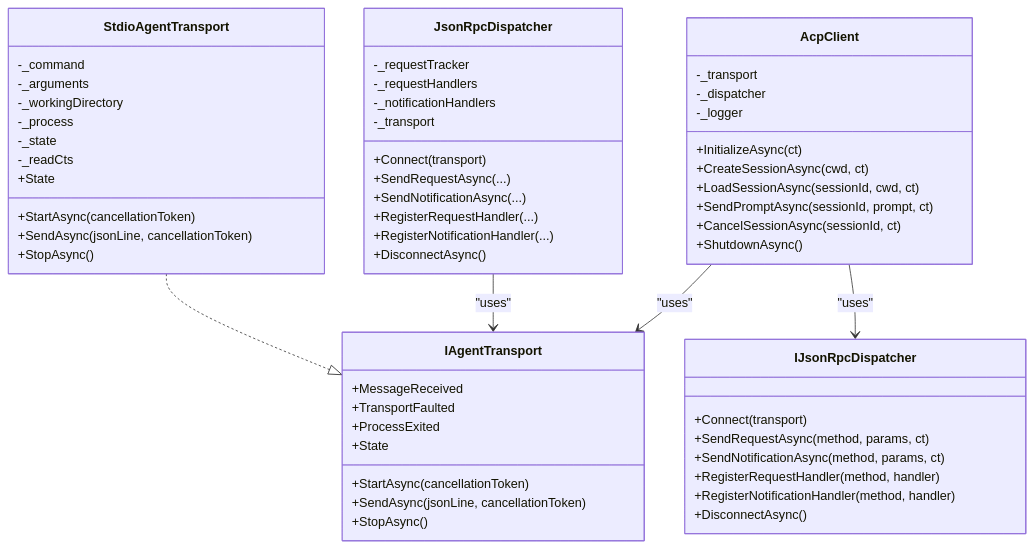
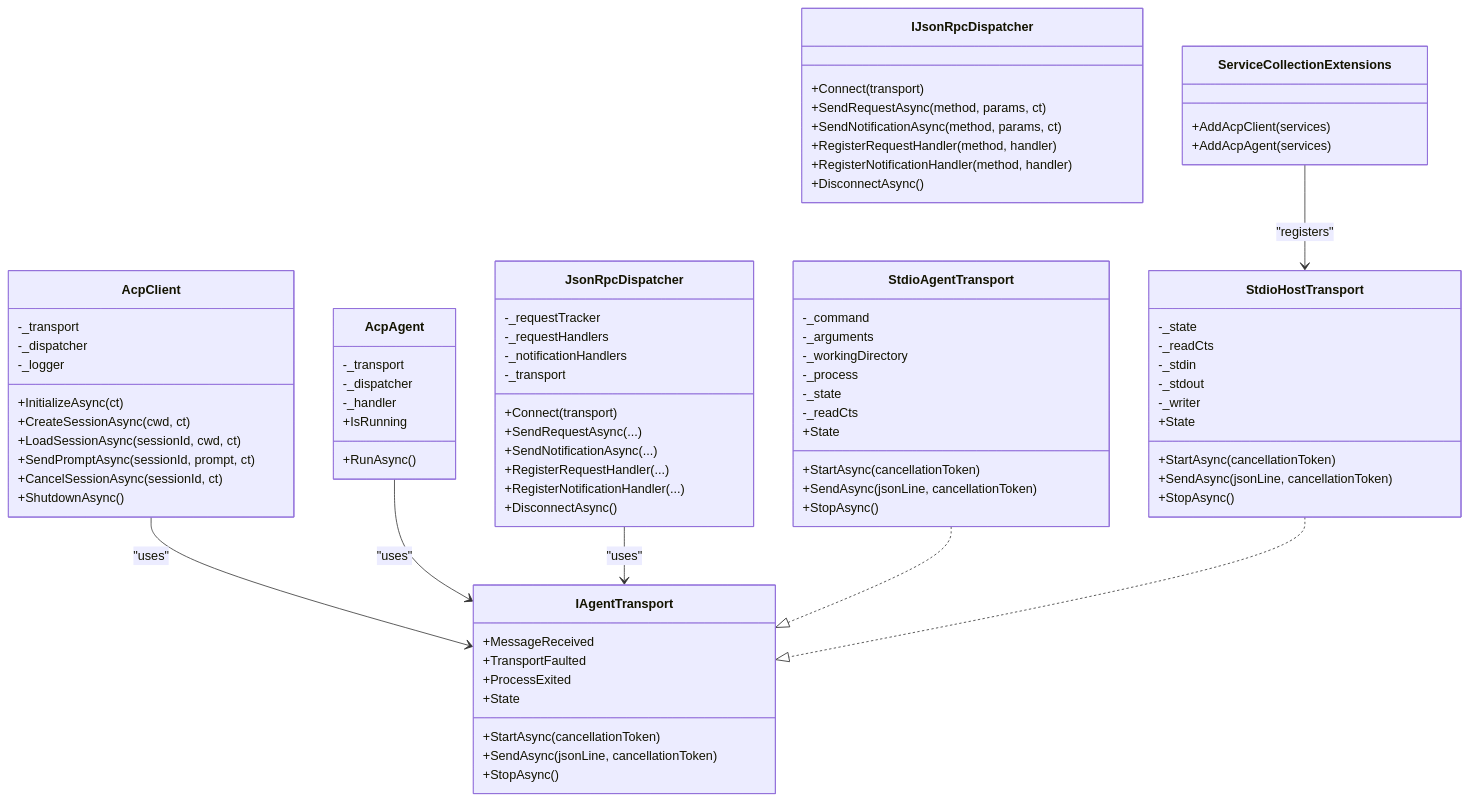
Before and after one commit to AgenticDesktop/ACPLibrary: the third of 3 diagrams in .qoder/repowiki/en/content/Transport Layer/Transport Layer.md, drawn with Mermaid. The commit also changed other lines of this file and 63 other files, not shown here.

````diff
--- a/.qoder/repowiki/en/content/Transport Layer/Transport Layer.md
+++ b/.qoder/repowiki/en/content/Transport Layer/Transport Layer.md
@@ -296,6 +364,17 @@
 -_process
 -_state
 -_readCts
++StartAsync(cancellationToken)
++SendAsync(jsonLine, cancellationToken)
++StopAsync()
++State
+}
+class StdioHostTransport {
+-_state
+-_readCts
+-_stdin
+-_stdout
+-_writer
 +StartAsync(cancellationToken)
 +SendAsync(jsonLine, cancellationToken)
 +StopAsync()
@@ -332,8 +411,21 @@
 +CancelSessionAsync(sessionId, ct)
 +ShutdownAsync()
 }
+class AcpAgent {
+-_transport
+-_dispatcher
+-_handler
++RunAsync()
++IsRunning
+}
+class ServiceCollectionExtensions {
++AddAcpClient(services)
++AddAcpAgent<THandler>(services)
+}
 AcpClient --> IAgentTransport : "uses"
-AcpClient --> IJsonRpcDispatcher : "uses"
+AcpAgent --> IAgentTransport : "uses"
 JsonRpcDispatcher --> IAgentTransport : "uses"
 StdioAgentTransport ..|> IAgentTransport
+StdioHostTransport ..|> IAgentTransport
+ServiceCollectionExtensions --> StdioHostTransport : "registers"
 ```
````
